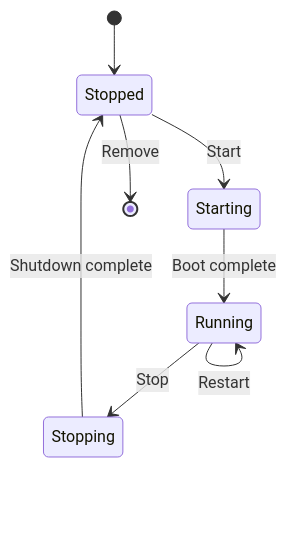
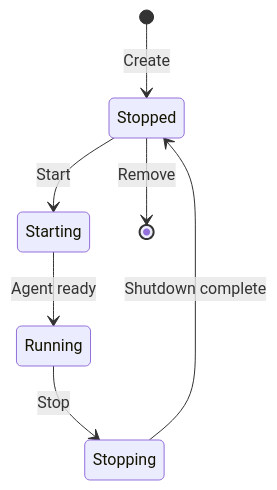
The diagram in content/docs/desktop/machines.mdx (arcboxlabs/websites), drawn with Mermaid before and after one commit. The commit also changed other lines of this file and 39 other files, not shown here.

````diff
--- a/content/docs/desktop/machines.mdx
+++ b/content/docs/desktop/machines.mdx
@@ -43,10 +40,9 @@
 ```mermaid
 stateDiagram-v2
-    [*] --> Stopped
+    [*] --> Stopped: Create
     Stopped --> Starting: Start
-    Starting --> Running: Boot complete
+    Starting --> Running: Agent ready
     Running --> Stopping: Stop
     Stopping --> Stopped: Shutdown complete
-    Running --> Running: Restart
     Stopped --> [*]: Remove
 ```
````
